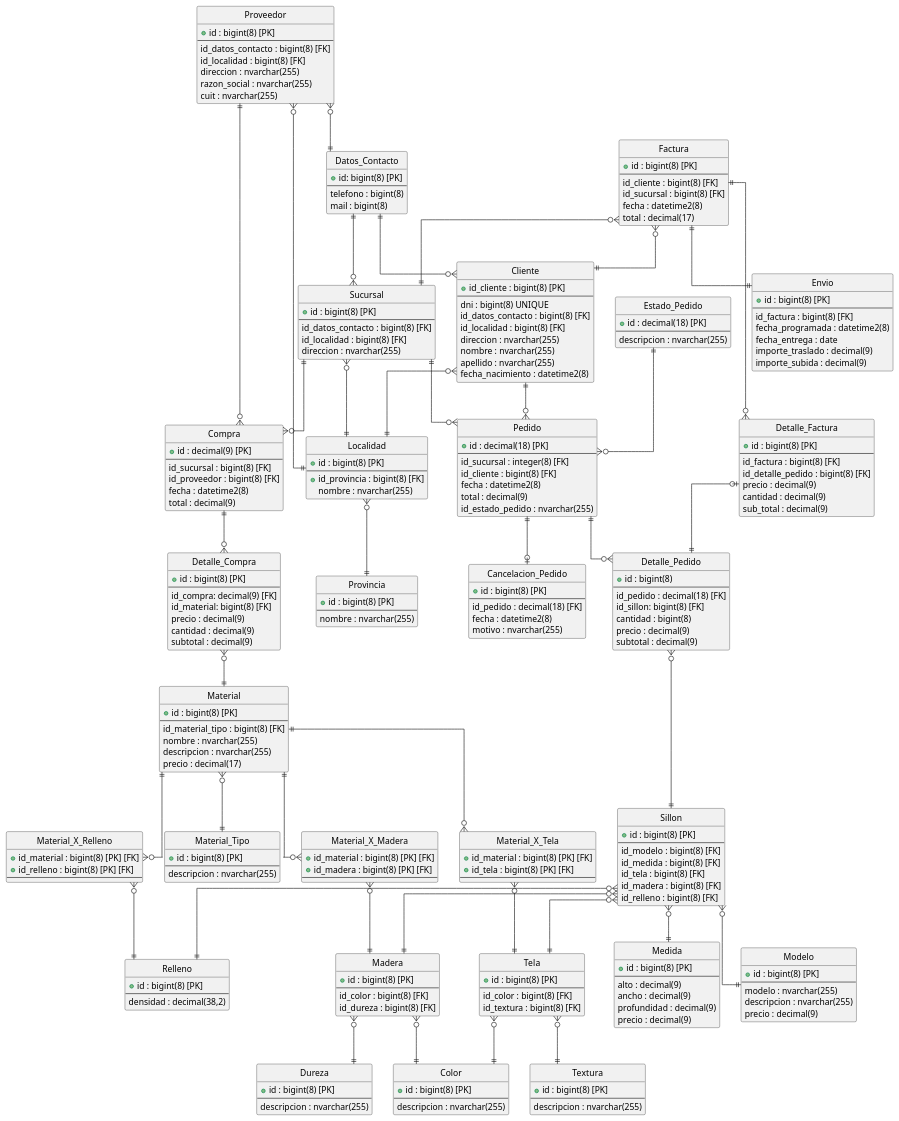
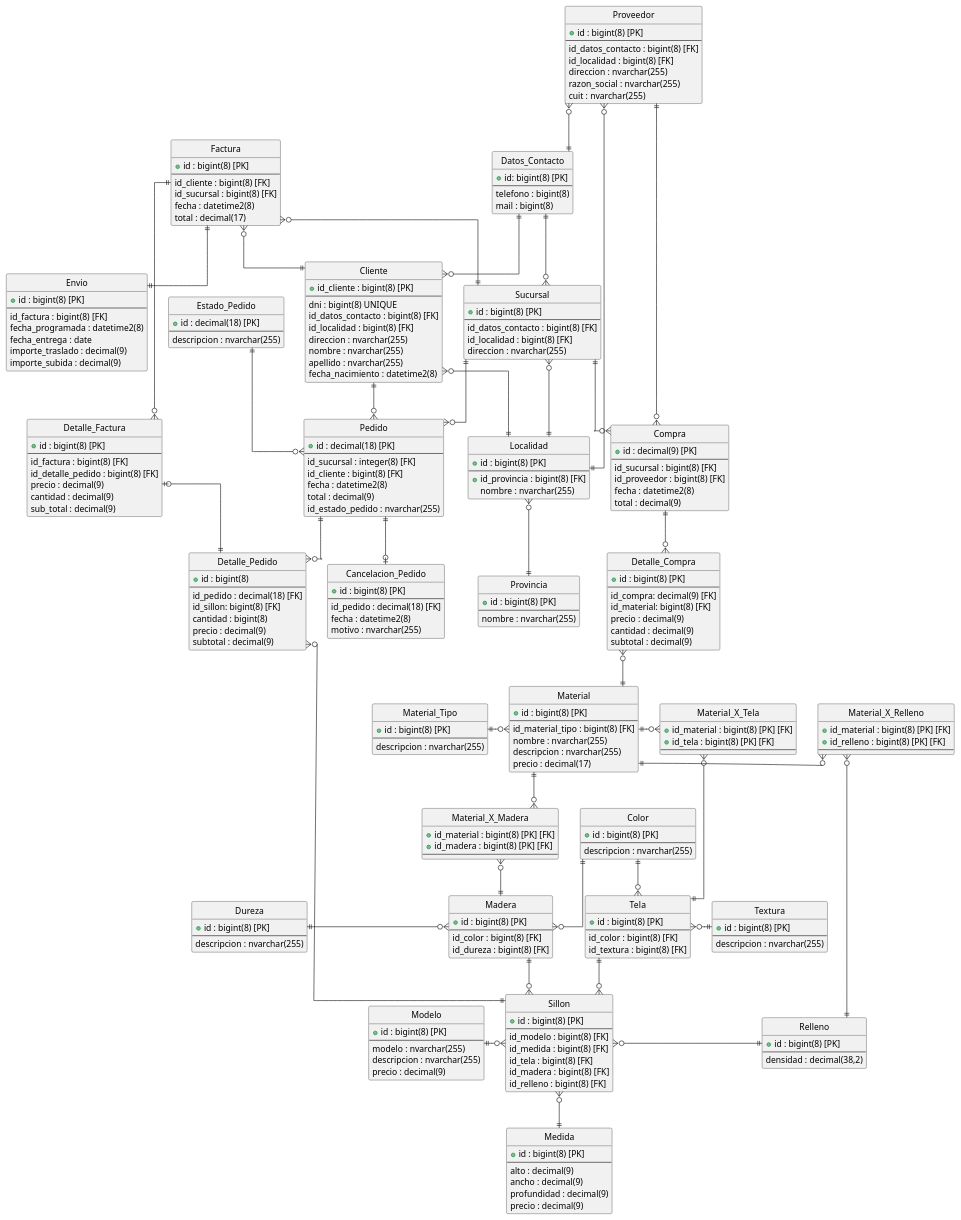
Before and after one commit to andrycarrasco/rejunte-sa-91: the diagram in der.puml, drawn with PlantUML. The commit also changed 2 other files, not shown here.

```diff
--- a/der.puml
+++ b/der.puml
@@ -1,4 +1,4 @@
-@startuml
+@startuml sillones
 skinparam linetype ortho
 hide circle
 skinparam shadowing false
@@ -257,28 +257,32 @@
 Factura ||--|| Envio 
 Compra ||--o{ Detalle_Compra 
 
-Madera }o--|| Color
-Tela }o--|| Color
+' Madera }o--|| Color
+' Tela }o--|| Color
 
-Sillon }o--|| Modelo 
-Sillon }o--|| Medida
-Sillon }o--|| Tela
-Sillon }o--|| Madera
-Sillon }o--|| Relleno
+Color ||-down-o{ Madera
+Color ||-down-o{ Tela
+
+' left to right direction
+Sillon }o-left-|| Modelo 
+Sillon }o-down-|| Medida
+Sillon }o-left-|| Tela
+Sillon }o-up-|| Madera
+Sillon }o-right-|| Relleno
 
 ' Relaciones de materiales
-Material }o--|| Material_Tipo
+Material }o-left-|| Material_Tipo
 
-Material_X_Madera }o--|| Madera
-Material_X_Tela }o--|| Tela
-Material_X_Relleno }o--|| Relleno
+Material_X_Madera }o-down-|| Madera
+Material_X_Tela }o-down-|| Tela
+Material_X_Relleno }o-down-|| Relleno
 
-Material ||--o{ Material_X_Relleno
-Material ||--o{ Material_X_Madera
-Material ||--o{ Material_X_Tela
+Material ||-left-o{ Material_X_Relleno
+Material ||-down-o{ Material_X_Madera
+Material ||-right-o{ Material_X_Tela
 
-Madera }o--|| Dureza
-Tela }o--|| Textura
+Madera }o-left-|| Dureza
+Tela }o-right-|| Textura
 
 Factura }o--|| Cliente
 Factura }o--|| Sucursal
```
